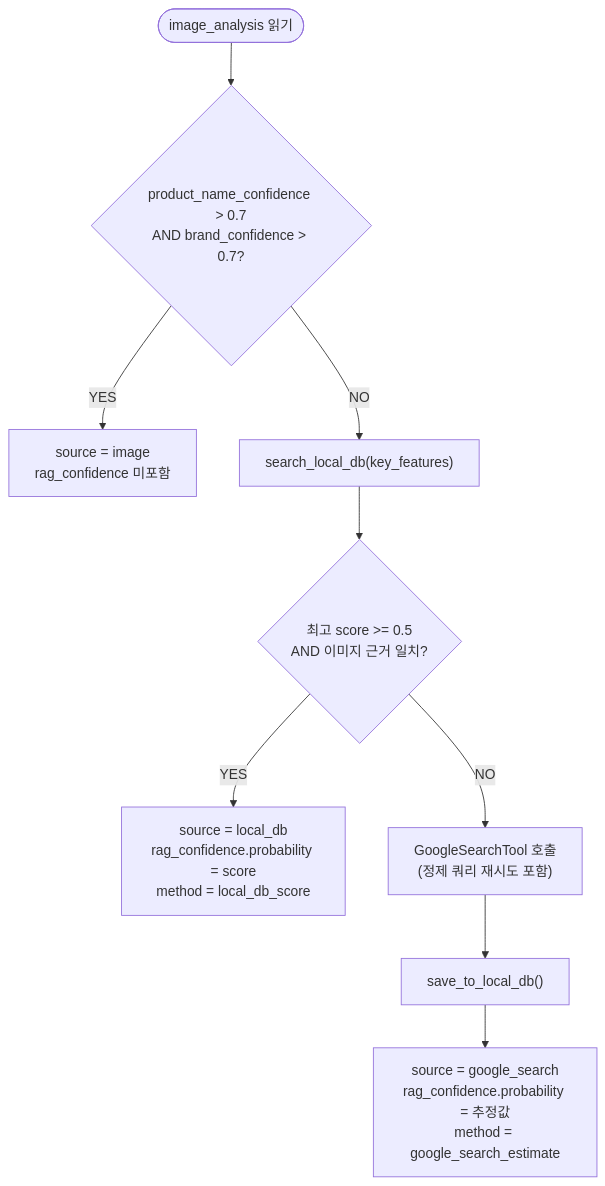
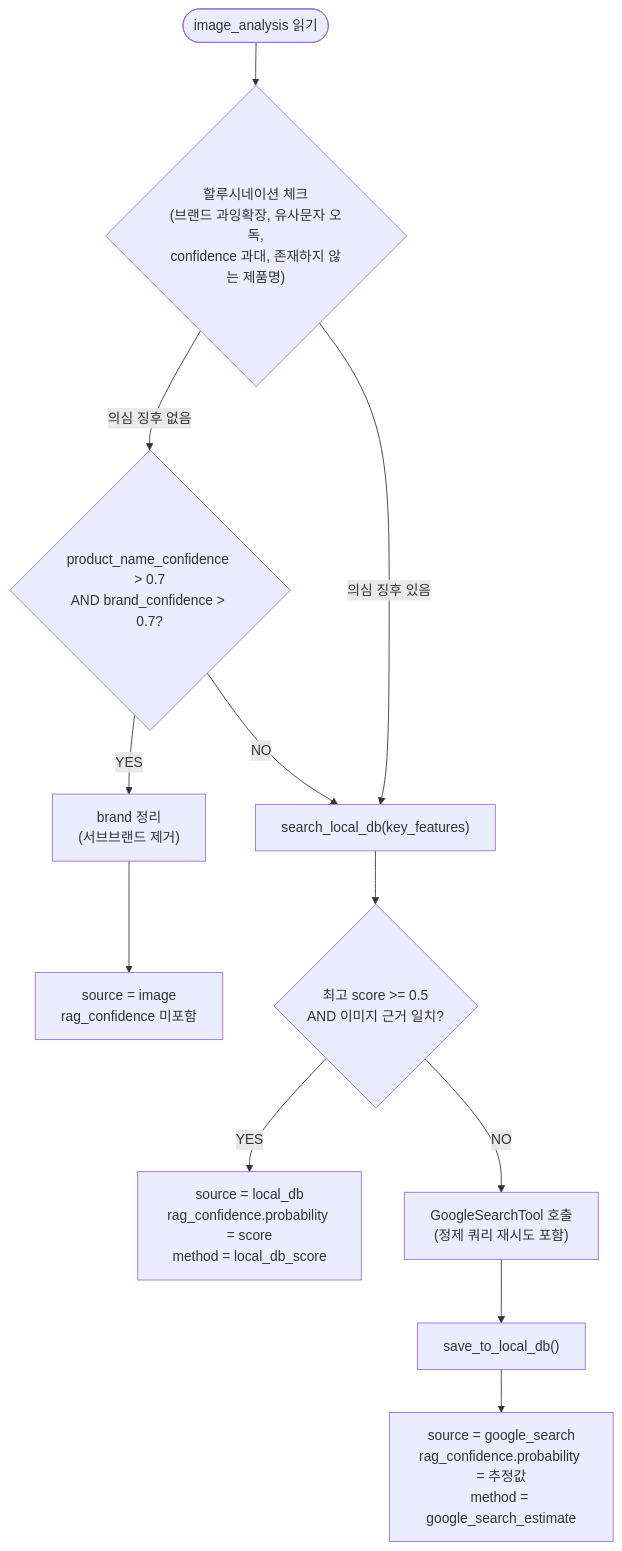
One commit to ilwoo-park/whatis changed the third of 5 diagrams in ARCHITECTURE.md. Above: the diagram before and after it, drawn with Mermaid. The commit also changed other lines of this file and 4 other files, not shown here.

````diff
--- a/ARCHITECTURE.md
+++ b/ARCHITECTURE.md
@@ -129,11 +136,14 @@
 ```mermaid
 flowchart TD
-    START(["image_analysis 읽기"]) --> CHECK{"product_name_confidence > 0.7\nAND brand_confidence > 0.7?"}
-    CHECK -->|YES| SRC_IMAGE["source = image\nrag_confidence 미포함"]
+    START(["image_analysis 읽기"]) --> HALLU{"할루시네이션 체크\n(브랜드 과잉확장, 유사문자 오독,\nconfidence 과대, 존재하지 않는 제품명)"}
+    HALLU -->|"의심 징후 있음"| SDB
+    HALLU -->|"의심 징후 없음"| CHECK{"product_name_confidence > 0.7\nAND brand_confidence > 0.7?"}
+    CHECK -->|YES| BRAND_CLEAN["brand 정리\n(서브브랜드 제거)"]
+    BRAND_CLEAN --> SRC_IMAGE["source = image\nrag_confidence 미포함"]
     CHECK -->|NO| SDB["search_local_db(key_features)"]
     SDB --> FOUND{"최고 score >= 0.5\nAND 이미지 근거 일치?"}
     FOUND -->|YES| SRC_LOCAL["source = local_db\nrag_confidence.probability = score\nmethod = local_db_score"]
     FOUND -->|NO| GSEARCH["GoogleSearchTool 호출\n(정제 쿼리 재시도 포함)"]
     GSEARCH --> SAVE["save_to_local_db()"]
     SAVE --> SRC_GOOGLE["source = google_search\nrag_confidence.probability = 추정값\nmethod = google_search_estimate"]
 ```
````
